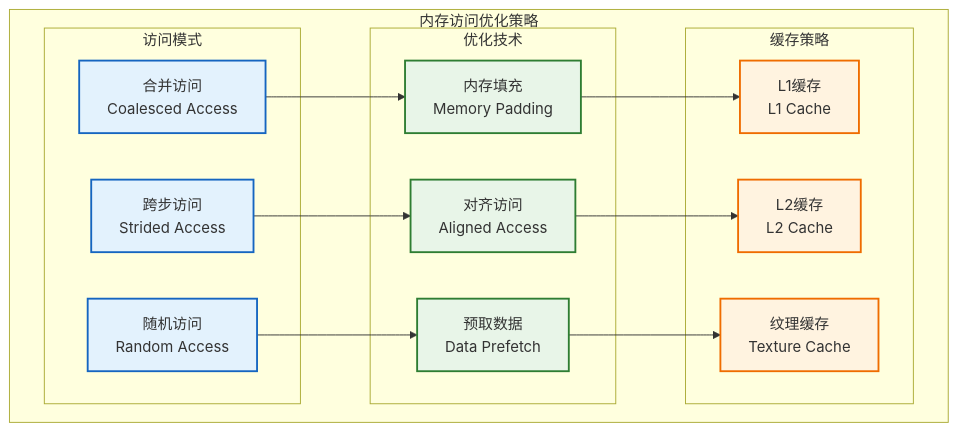
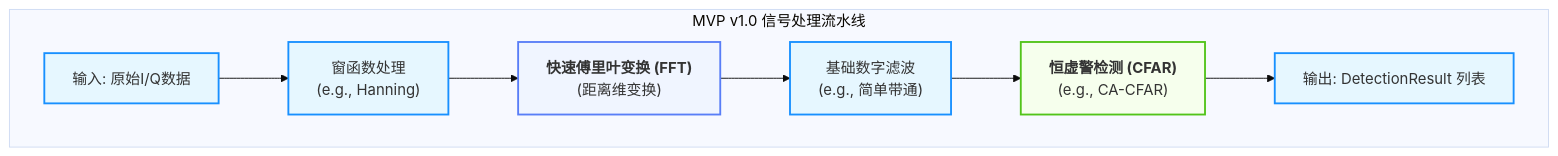
One commit to wendizhou99-cell/Radar changed diagram 11 of 11 in docs/01_项目设计/02_模块设计/02_信号处理模块设计.md. Above: the diagram before and after it, drawn with Mermaid. The commit also changed other lines of this file and 26 other files, not shown here.

First line of the commit message:
docs: 完成数据架构文档系列重构和Mermaid可视化指南增强

````diff
--- a/docs/01_项目设计/02_模块设计/02_信号处理模块设计.md
+++ b/docs/01_项目设计/02_模块设计/02_信号处理模块设计.md
@@ -1042,41 +1036,31 @@
 ```mermaid
-flowchart LR
-    subgraph "内存访问优化策略"
-        direction LR
+---
+config:
+  theme: base
+  flowchart:
+    curve: basis
+---
+flowchart TD
+    %% --- 图例 (上下文颜色语义) ---
+    %% 预处理 (浅蓝)
+    %% 核心变换 (淡紫)
+    %% 后处理 (浅绿)
 
-        subgraph "访问模式"
-            COALESCED[合并访问<br/>Coalesced Access]
-            STRIDED[跨步访问<br/>Strided Access]
-            RANDOM[随机访问<br/>Random Access]
-        end
-
-        subgraph "优化技术"
-            PADDING[内存填充<br/>Memory Padding]
-            ALIGNMENT[对齐访问<br/>Aligned Access]
-            PREFETCH[预取数据<br/>Data Prefetch]
-        end
-
-        subgraph "缓存策略"
-            L1_CACHE[L1缓存<br/>L1 Cache]
-            L2_CACHE[L2缓存<br/>L2 Cache]
-            TEXTURE_CACHE[纹理缓存<br/>Texture Cache]
-        end
-
-        %% 优化路径
-        COALESCED --> PADDING
-        STRIDED --> ALIGNMENT
-        RANDOM --> PREFETCH
-
-        PADDING --> L1_CACHE
-        ALIGNMENT --> L2_CACHE
-        PREFETCH --> TEXTURE_CACHE
+    subgraph "MVP v1.0 信号处理流水线"
+        A["输入: 原始I/Q数据"] --> B["窗函数处理<br/>(e.g., Hanning)"]
+        B --> C["<b>快速傅里叶变换 (FFT)</b><br/>(距离维变换)"]
+        C --> D["基础数字滤波<br/>(e.g., 简单带通)"]
+        D --> E["<b>恒虚警检测 (CFAR)</b><br/>(e.g., CA-CFAR)"]
+        E --> F["输出: DetectionResult 列表"]
     end
 
-    classDef pattern fill:#e3f2fd,stroke:#1565c0,stroke-width:2px
-    classDef technique fill:#e8f5e8,stroke:#2e7d32,stroke-width:2px
-    classDef cache fill:#fff3e0,stroke:#ef6c00,stroke-width:2px
+    %% --- 标准 classDef 模板 ---
+    classDef role_A fill:#e6f7ff,stroke:#1890ff,stroke-width:2px
+    classDef role_B fill:#f0f5ff,stroke:#597ef7,stroke-width:2px
+    classDef role_C fill:#f6ffed,stroke:#52c41a,stroke-width:2px
 
-    class COALESCED,STRIDED,RANDOM pattern
-    class PADDING,ALIGNMENT,PREFETCH technique
-    class L1_CACHE,L2_CACHE,TEXTURE_CACHE cache
+    %% --- 样式应用 ---
+    class A,F,B,D role_A
+    class C role_B
+    class E role_C
 ```
````
